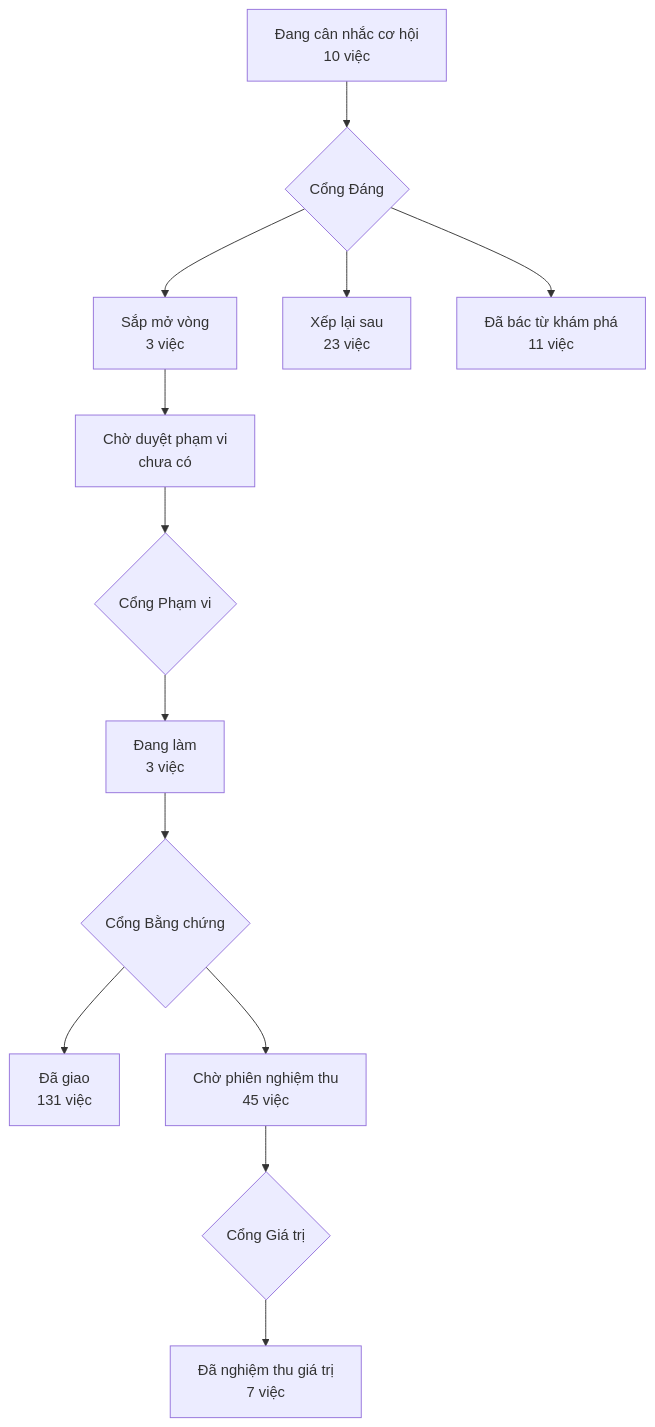
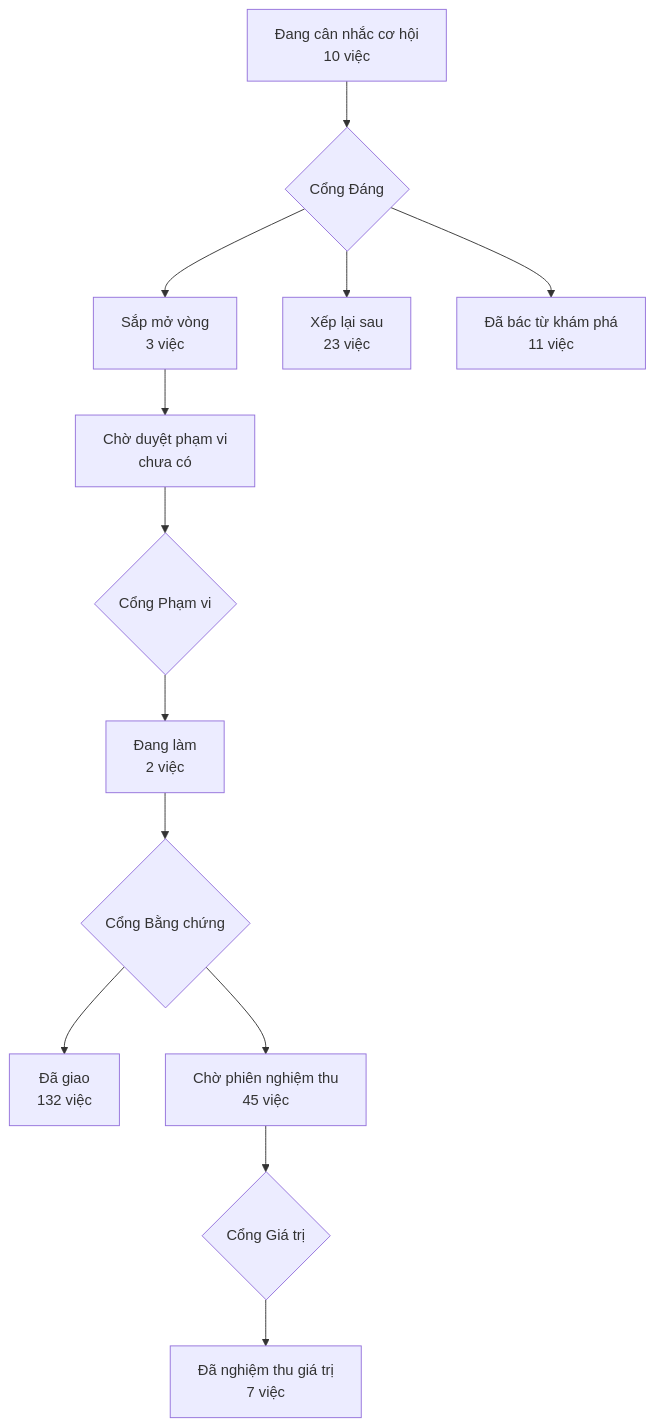
Before and after one commit to phanlemanh/acceptance-gate-kit: the diagram in PRODUCT-MAP.md, drawn with Mermaid. The commit also changed 6 other files, not shown here.

````diff
--- a/PRODUCT-MAP.md
+++ b/PRODUCT-MAP.md
@@ -7,12 +7,12 @@
 ```mermaid
 flowchart TD
   A["Đang cân nhắc cơ hội<br/>10 việc"] --> GD{"Cổng Đáng"}
   GD --> B["Sắp mở vòng<br/>3 việc"]
   GD --> XL["Xếp lại sau<br/>23 việc"]
   GD --> DB["Đã bác từ khám phá<br/>11 việc"]
   B --> CD["Chờ duyệt phạm vi<br/>chưa có"] --> GP{"Cổng Phạm vi"}
-  GP --> DL["Đang làm<br/>3 việc"] --> GB{"Cổng Bằng chứng"}
-  GB --> DG["Đã giao<br/>131 việc"]
+  GP --> DL["Đang làm<br/>2 việc"] --> GB{"Cổng Bằng chứng"}
+  GB --> DG["Đã giao<br/>132 việc"]
   GB --> CN["Chờ phiên nghiệm thu<br/>45 việc"] --> GG{"Cổng Giá trị"}
   GG --> NT["Đã nghiệm thu giá trị<br/>7 việc"]
 ```
````
